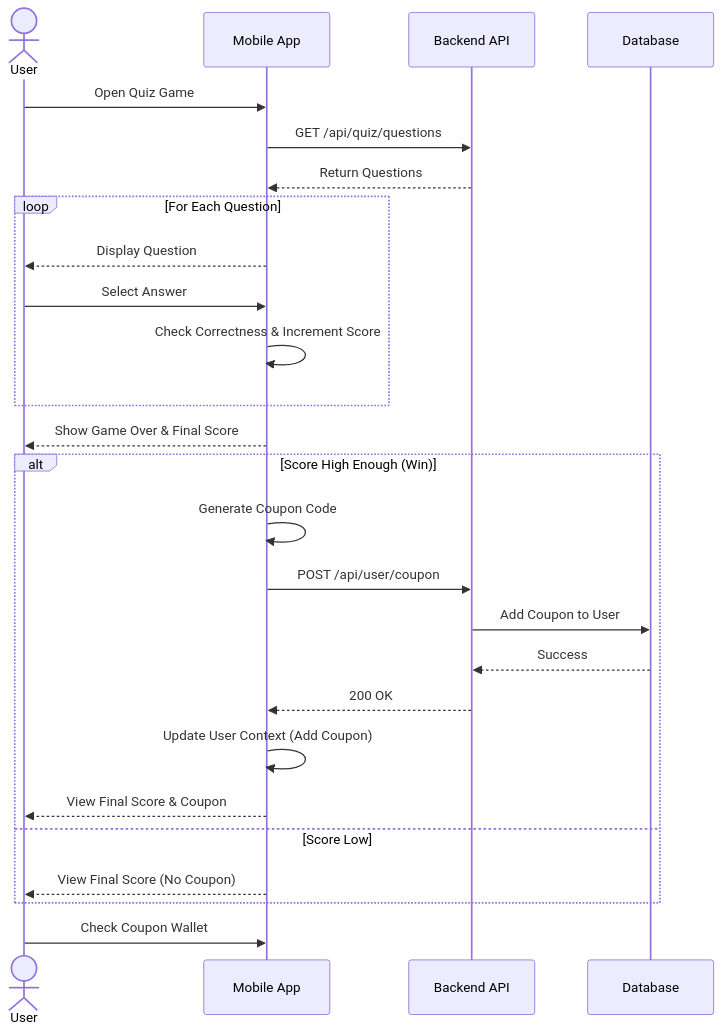
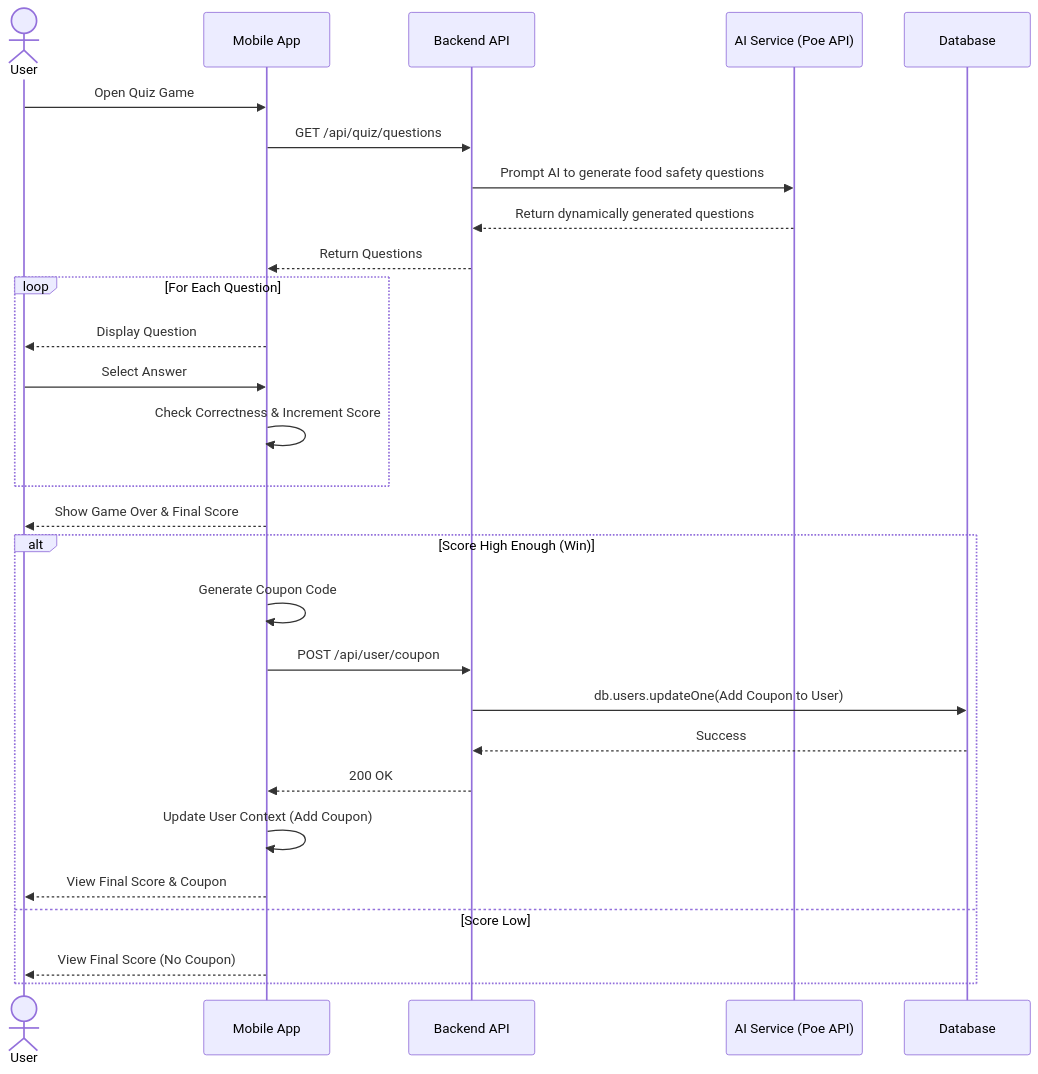
Diagram 12 of 14 in SequenceDiagrams.md (michaexxx2324/FYP), drawn with Mermaid before and after one commit. The commit also changed other lines of this file, not shown here.

````diff
--- a/SequenceDiagrams.md
+++ b/SequenceDiagrams.md
@@ -445,33 +438,34 @@
 ```mermaid
 sequenceDiagram
     actor User
     participant App as Mobile App
     participant Server as Backend API
+    participant AI as AI Service (Poe API)
     participant DB as Database
 
     User->>App: Open Quiz Game
     App->>Server: GET /api/quiz/questions
+    Server->>AI: Prompt AI to generate food safety questions
+    AI-->>Server: Return dynamically generated questions
     Server-->>App: Return Questions
     
     loop For Each Question
         App-->>User: Display Question
         User->>App: Select Answer
         App->>App: Check Correctness & Increment Score
     end
     
     App-->>User: Show Game Over & Final Score
     
     alt Score High Enough (Win)
         App->>App: Generate Coupon Code
         App->>Server: POST /api/user/coupon
-        Server->>DB: Add Coupon to User
+        Server->>DB: db.users.updateOne(Add Coupon to User)
         DB-->>Server: Success
         Server-->>App: 200 OK
         App->>App: Update User Context (Add Coupon)
         App-->>User: View Final Score & Coupon
     else Score Low
         App-->>User: View Final Score (No Coupon)
     end
-    
-    User->>App: Check Coupon Wallet
 ```
````
